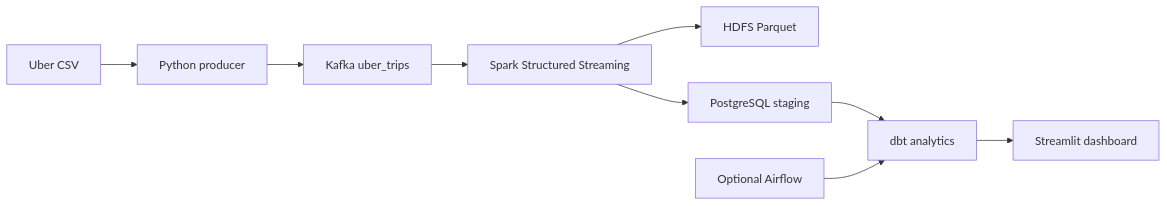
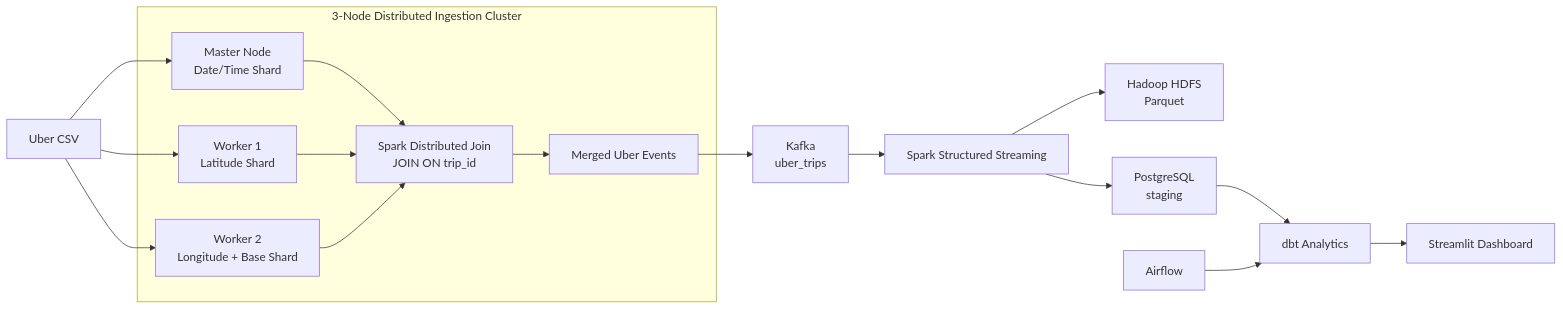
Before and after one commit to nihar245/BDS_Assignment: the diagram in README.md, drawn with Mermaid. The commit also changed other lines of this file, not shown here.

````diff
--- a/README.md
+++ b/README.md
@@ -7,11 +13,33 @@
 ```mermaid
 flowchart LR
-  CSV[Uber CSV] --> P[Python producer]
-  P --> K[Kafka uber_trips]
-  K --> S[Spark Structured Streaming]
-  S --> H[HDFS Parquet]
-  S --> PG[PostgreSQL staging]
-  PG --> D[dbt analytics]
-  D --> UI[Streamlit dashboard]
-  A[Optional Airflow] --> D
+
+    CSV[Uber CSV]
+
+    subgraph CLUSTER[3-Node Distributed Ingestion Cluster]
+        M[Master Node<br/>Date/Time Shard]
+        W1[Worker 1<br/>Latitude Shard]
+        W2[Worker 2<br/>Longitude + Base Shard]
+
+        M --> J[Spark Distributed Join<br/>JOIN ON trip_id]
+        W1 --> J
+        W2 --> J
+
+        J --> E[Merged Uber Events]
+    end
+
+    CSV --> M
+    CSV --> W1
+    CSV --> W2
+
+    E --> K[Kafka<br/>uber_trips]
+
+    K --> S[Spark Structured Streaming]
+
+    S --> H[Hadoop HDFS<br/>Parquet]
+    S --> PG[PostgreSQL<br/>staging]
+
+    PG --> D[dbt Analytics]
+    D --> UI[Streamlit Dashboard]
+
+    A[Airflow] --> D
 ```
````
